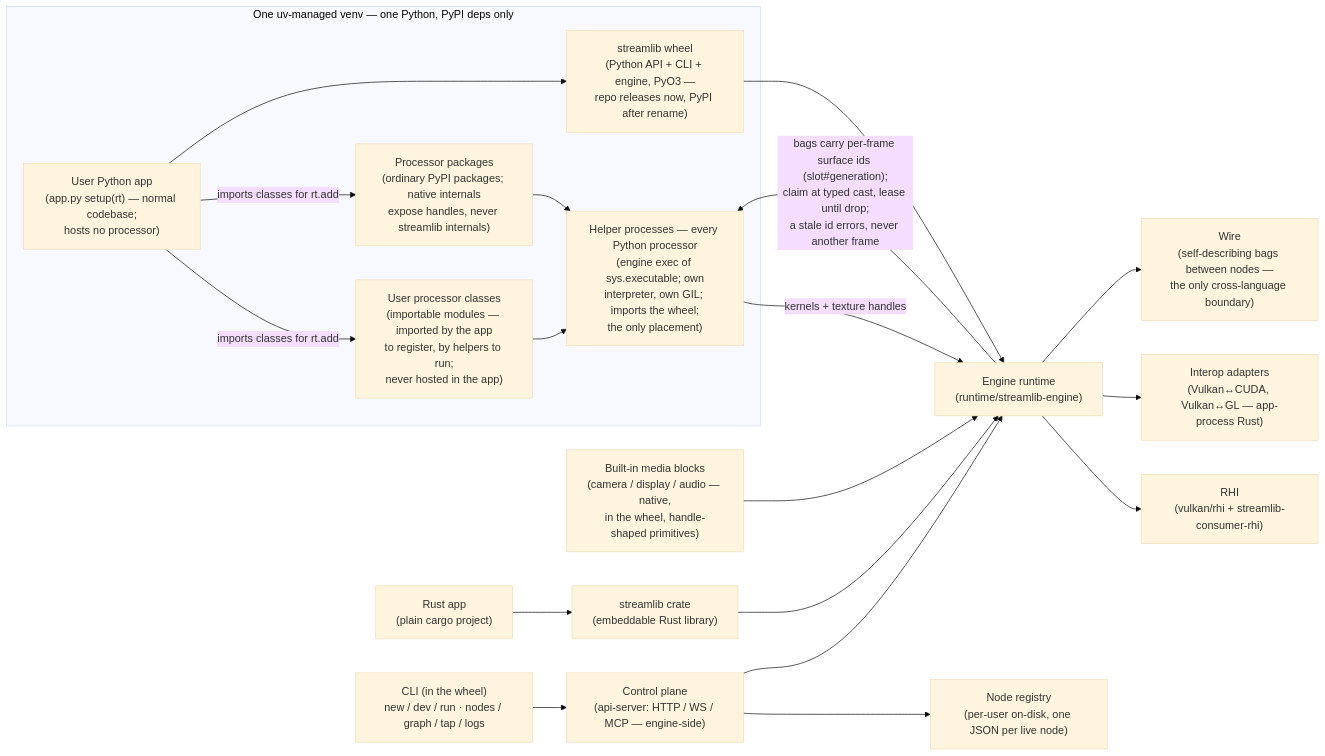
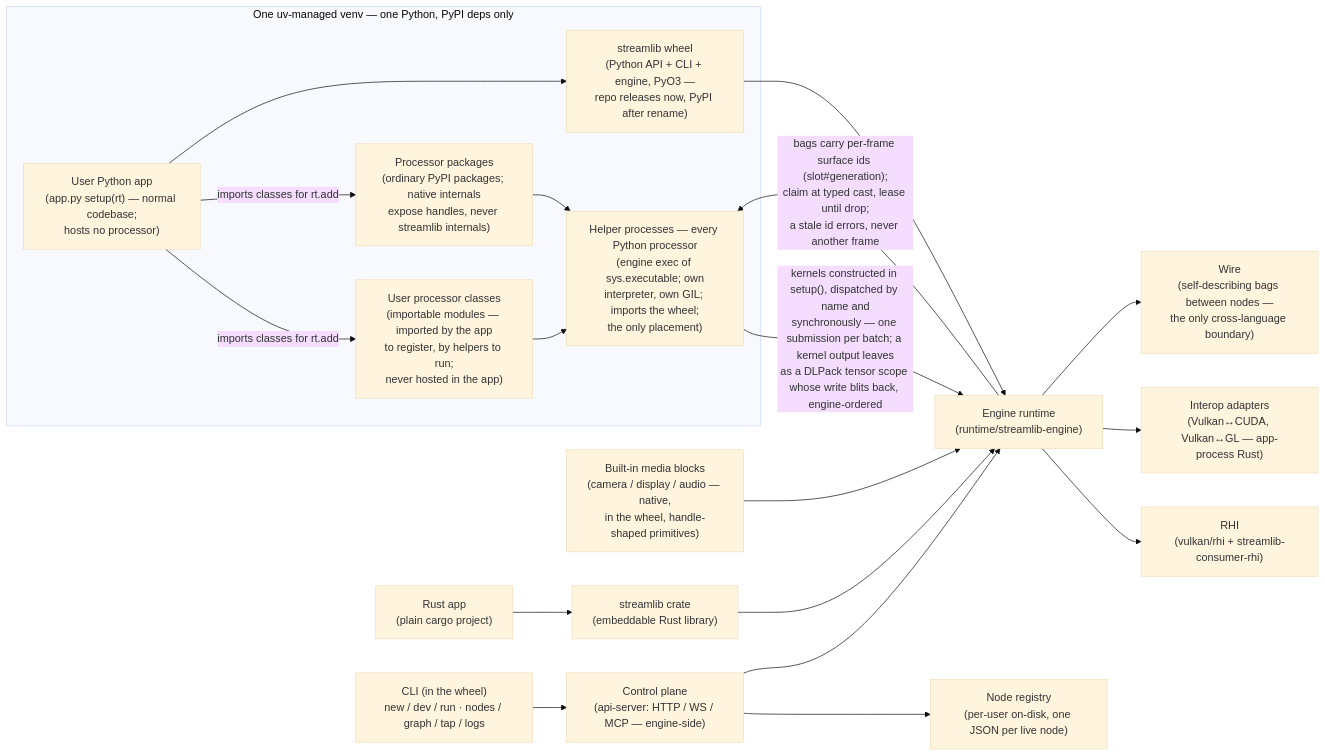
One commit to tatolab/streamlib changed the diagram in docs/plan/diagrams/system.mmd. Above: the diagram before and after it, drawn with Mermaid (base theme). The commit also changed 3 other files, not shown here.

```diff
--- a/docs/plan/diagrams/system.mmd
+++ b/docs/plan/diagrams/system.mmd
@@ -1,40 +1,42 @@
 flowchart LR
   subgraph env["One uv-managed venv — one Python, PyPI deps only"]
     app["User Python app\n(app.py setup(rt) — normal codebase;\nhosts no processor)"]
     procs["User processor classes\n(importable modules — imported by the app\nto register, by helpers to run;\nnever hosted in the app)"]
     pkgs["Processor packages\n(ordinary PyPI packages; native internals\nexpose handles, never streamlib internals)"]
     wheel["streamlib wheel\n(Python API + CLI + engine, PyO3 —\nrepo releases now, PyPI after rename)"]
     helper["Helper processes — every Python processor\n(engine exec of sys.executable; own\ninterpreter, own GIL; imports the wheel;\nthe only placement)"]
   end
 
   rustapp["Rust app\n(plain cargo project)"]
   crate["streamlib crate\n(embeddable Rust library)"]
   engine["Engine runtime\n(runtime/streamlib-engine)"]
   media["Built-in media blocks\n(camera / display / audio — native,\nin the wheel, handle-shaped primitives)"]
   rhi["RHI\n(vulkan/rhi + streamlib-consumer-rhi)"]
   interop["Interop adapters\n(Vulkan↔CUDA, Vulkan↔GL — app-process Rust)"]
   ctl["Control plane\n(api-server: HTTP / WS / MCP — engine-side)"]
   cli["CLI (in the wheel)\nnew / dev / run · nodes / graph / tap / logs"]
   wire["Wire\n(self-describing bags between nodes —\nthe only cross-language boundary)"]
 
   registry["Node registry\n(per-user on-disk, one JSON per live node)"]
 
   app -->|imports classes for rt.add| procs
   app -->|imports classes for rt.add| pkgs
   procs --> helper
   pkgs --> helper
   app --> wheel
   wheel --> engine
   engine -->|"bags carry per-frame surface ids (slot#generation);
 claim at typed cast, lease until drop;
 a stale id errors, never another frame"| helper
-  helper -->|kernels + texture handles| engine
+  helper -->|"kernels constructed in setup(), dispatched by name and
+synchronously — one submission per batch; a kernel output leaves
+as a DLPack tensor scope whose write blits back, engine-ordered"| engine
   ctl --> registry
   rustapp --> crate
   crate --> engine
   media --> engine
   engine --> rhi
   engine --> interop
   ctl --> engine
   cli --> ctl
   engine --> wire
```
